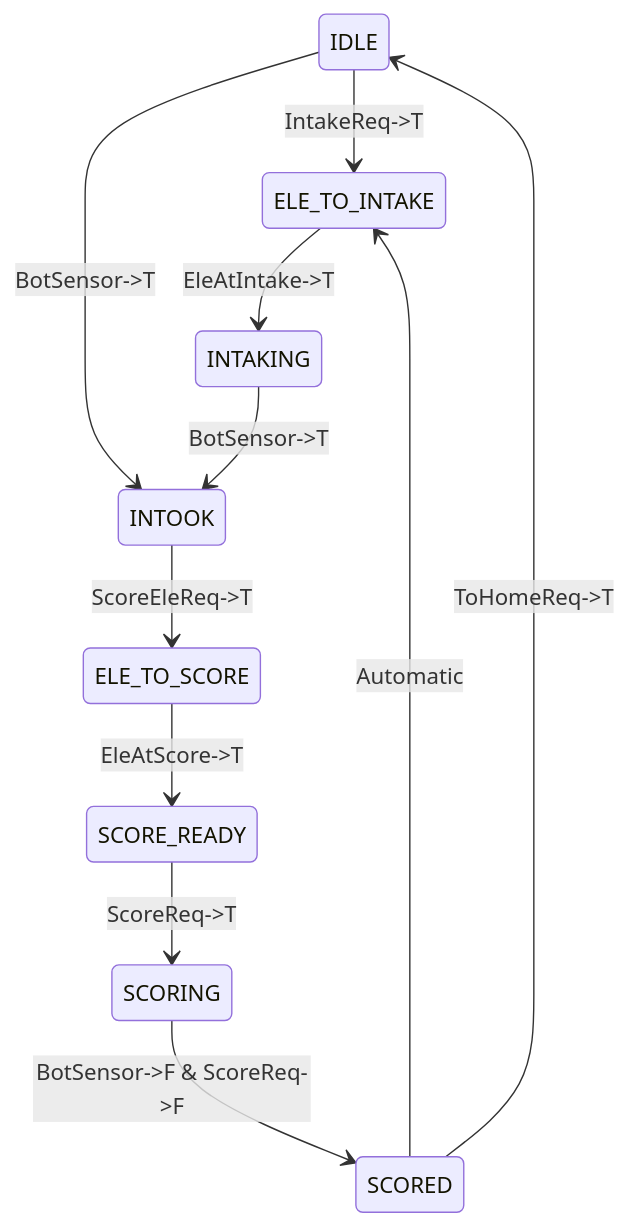
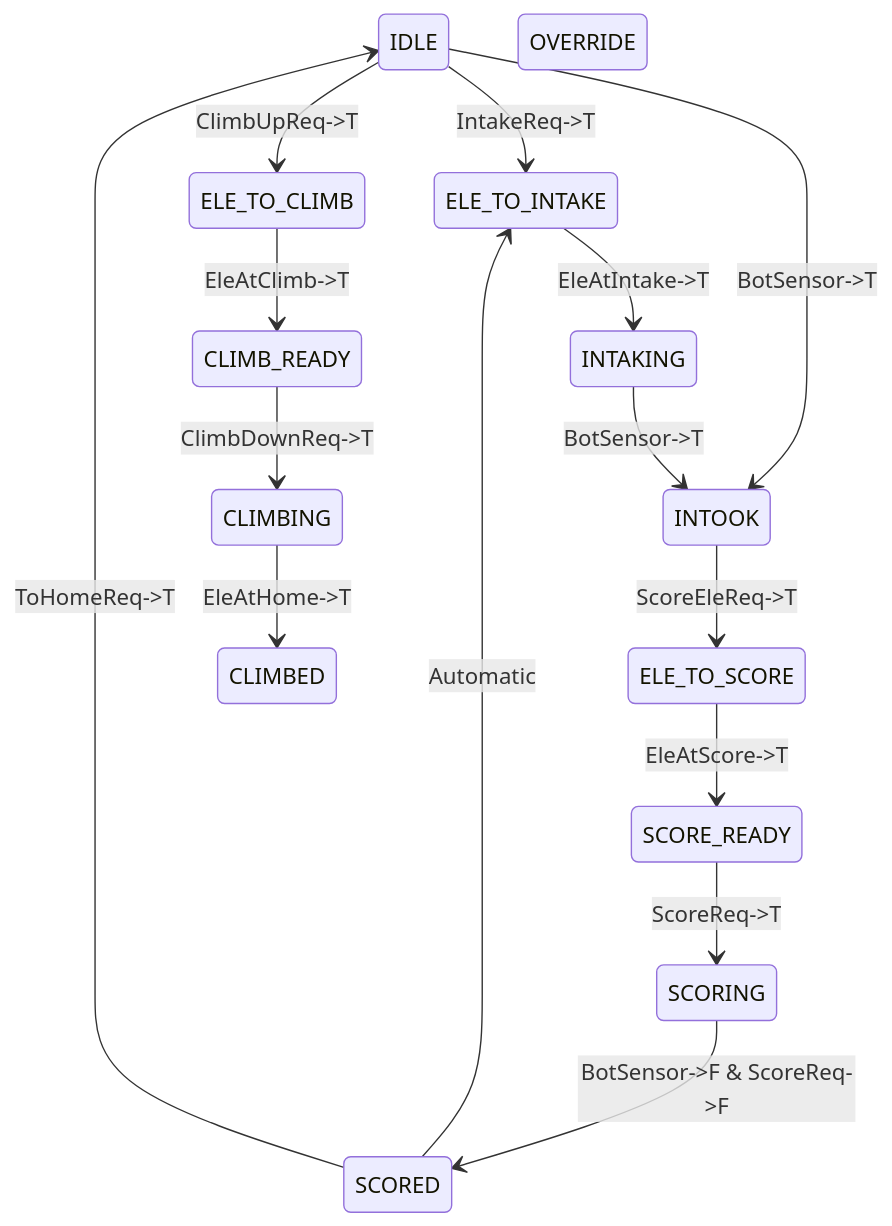
Before and after one commit to WaltonRobotics/Reefscape: the diagram in docs/Superstructure.md, drawn with Mermaid. The commit also changed other lines of this file and 3 other files, not shown here.

Commit message:
added climbing and elevator override mode to superstructure

````diff
--- a/docs/Superstructure.md
+++ b/docs/Superstructure.md
@@ -17,23 +17,32 @@
 ```mermaid
 stateDiagram
     state "IDLE" as s1
     state "ELE_TO_INTAKE" as s2
     state "INTAKING" as s3
     state "INTOOK" as s4
     state "ELE_TO_SCORE" as s5
     state "SCORE_READY" as s6
     state "SCORING" as s7
     state "SCORED" as s8
+    state "ELE_TO_CLIMB" as s9
+    state "CLIMB_READY" as s10
+    state "CLIMBING" as s11
+    state "CLIMBED" as s12
+    state "OVERRIDE" as s13
 
     s1 --> s2: IntakeReq->T
     s1 --> s4: BotSensor->T
     s2 --> s3: EleAtIntake->T
     s3 --> s4: BotSensor->T
     s4 --> s5: ScoreEleReq->T
     s5 --> s6: EleAtScore->T
     s6 --> s7: ScoreReq->T
     s7 --> s8: BotSensor->F & ScoreReq->F
     s8 --> s2: Automatic
     s8 --> s1: ToHomeReq->T
+    s1 --> s9: ClimbUpReq->T
+    s9 --> s10: EleAtClimb->T
+    s10 --> s11: ClimbDownReq->T
+    s11 --> s12: EleAtHome->T
 
 ```
````
